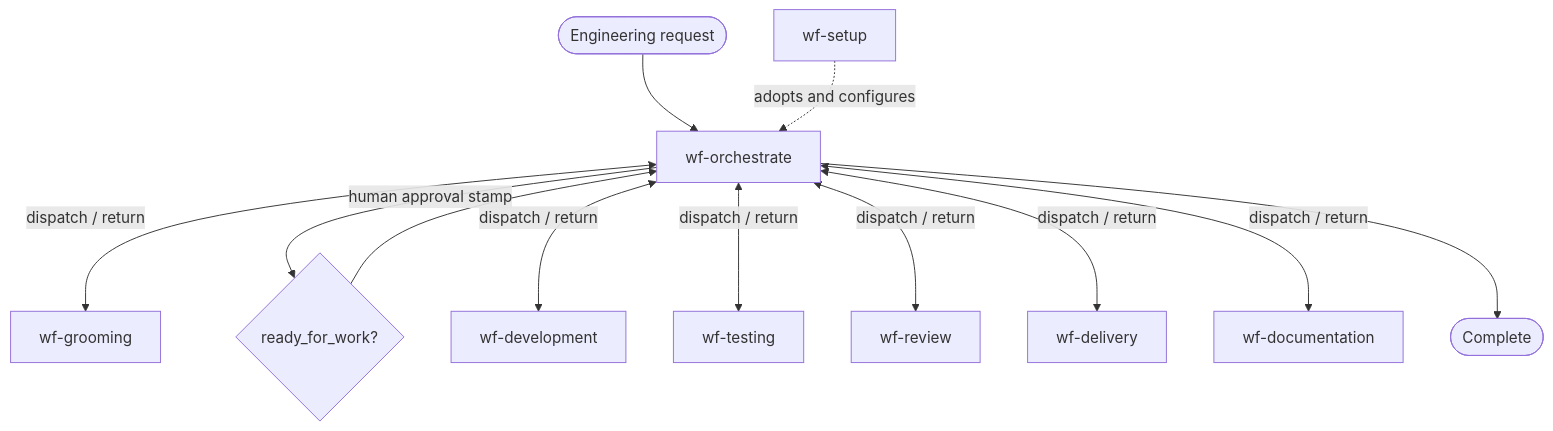
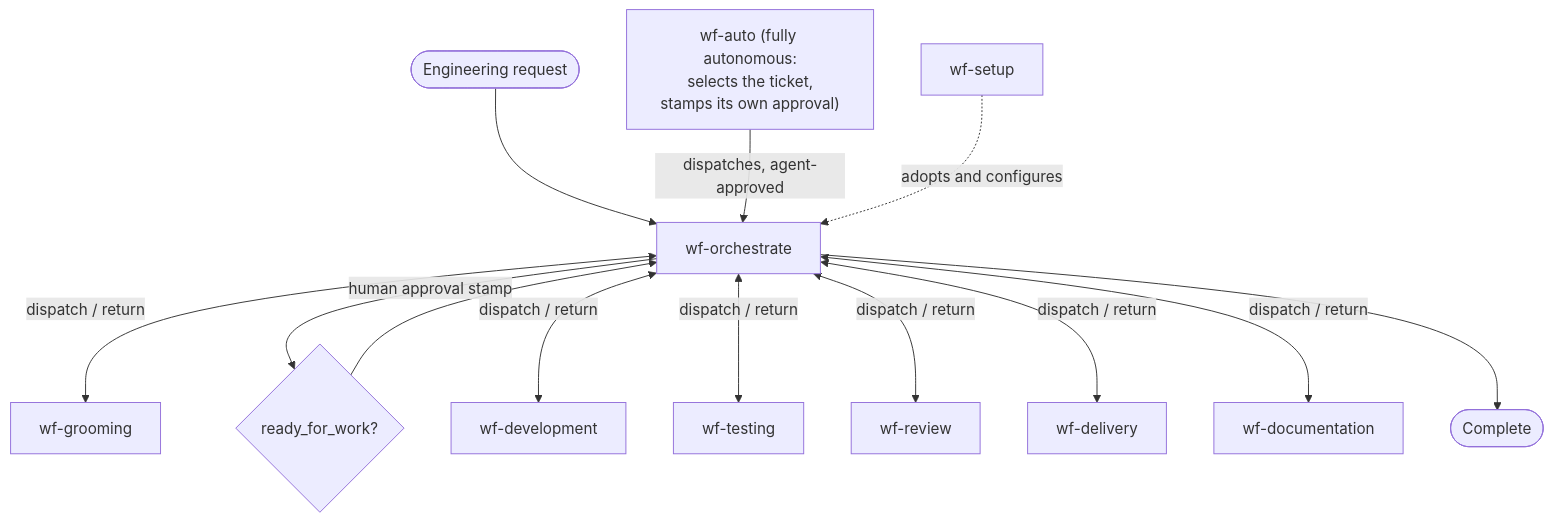
The second of 7 diagrams in plugins/agentic-engineering/FLOWS.md (Life-With-Data/agentic-engineering), drawn with Mermaid before and after one commit. The commit also changed other lines of this file and 27 other files, not shown here.

First line of the commit message:
feat(workflows)!: add wf-auto, the agent-approved zero-gate entry point (#410)

````diff
--- a/plugins/agentic-engineering/FLOWS.md
+++ b/plugins/agentic-engineering/FLOWS.md
@@ -22,14 +22,15 @@
 ```mermaid
 flowchart TD
     req([Engineering request]) --> O["wf-orchestrate"]
+    auto["wf-auto (fully autonomous:<br/>selects the ticket,<br/>stamps its own approval)"] -->|"dispatches, agent-approved"| O
     O <-->|"dispatch / return"| G["wf-grooming"]
     O -->|"human approval stamp"| approve{"ready_for_work?"}
     approve --> O
     O <-->|"dispatch / return"| D["wf-development"]
     O <-->|"dispatch / return"| T["wf-testing"]
     O <-->|"dispatch / return"| R["wf-review"]
     O <-->|"dispatch / return"| L["wf-delivery"]
     O <-->|"dispatch / return"| K["wf-documentation"]
     O --> done([Complete])
     S["wf-setup"] -. "adopts and configures" .-> O
 ```
````
